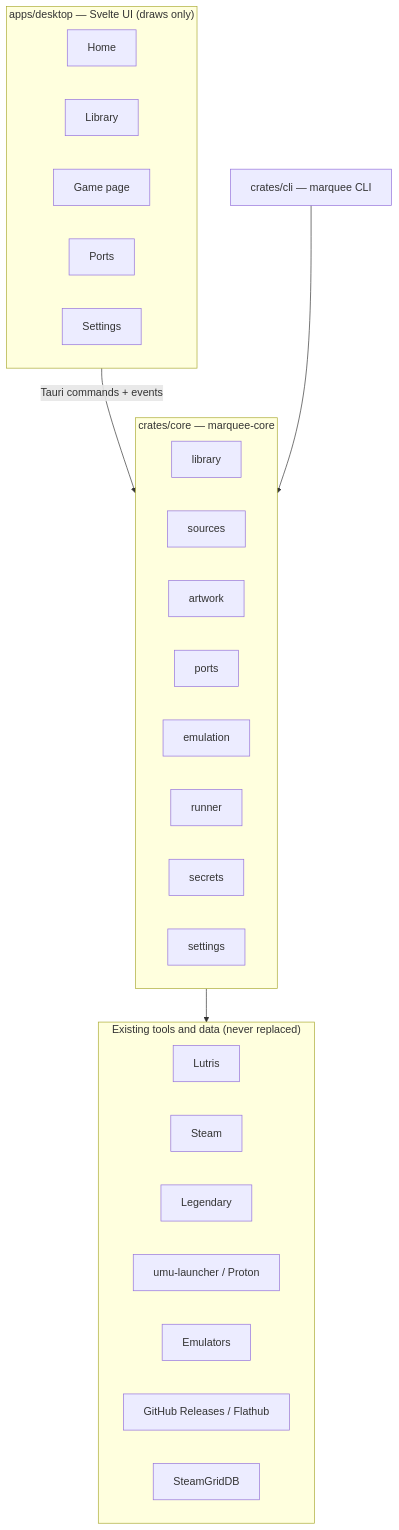
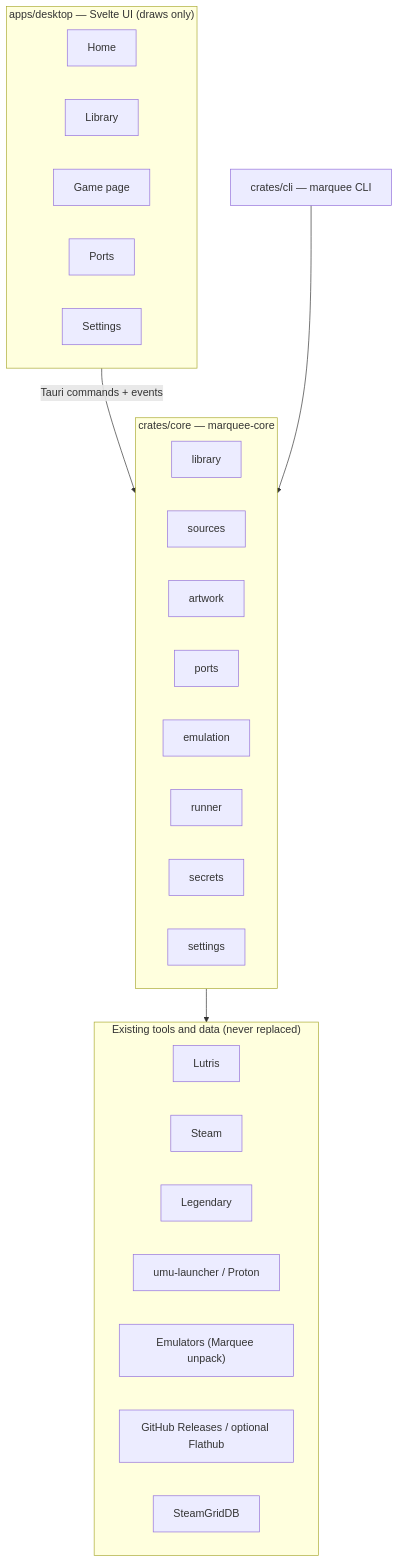
Before and after one commit to artsiom-tsaryonau/Marquee: the first of 2 diagrams in docs/ROADMAP.md, drawn with Mermaid. The commit also changed other lines of this file and 63 other files, not shown here.

First line of the commit message:
Unpack official PCSX2 into Marquee’s data dir and match the desktop chrome to the demo.

````diff
--- a/docs/ROADMAP.md
+++ b/docs/ROADMAP.md
@@ -78,16 +78,16 @@
 ```mermaid
 flowchart TB
   subgraph UI["apps/desktop — Svelte UI (draws only)"]
     Home & Library & Game[Game page] & Ports & Settings
   end
   CLI["crates/cli — marquee CLI"]
   subgraph Core["crates/core — marquee-core"]
     library & sources & artwork & ports_m[ports] & emulation & runner & secrets & settings
   end
   subgraph Tools["Existing tools and data (never replaced)"]
-    Lutris & Steam & Legendary & umu["umu-launcher / Proton"] & Emulators & GitHub["GitHub Releases / Flathub"] & SGDB[SteamGridDB]
+    Lutris & Steam & Legendary & umu["umu-launcher / Proton"] & Emulators["Emulators (Marquee unpack)"] & GitHub["GitHub Releases / optional Flathub"] & SGDB[SteamGridDB]
   end
   UI -- "Tauri commands + events" --> Core
   CLI --> Core
   Core --> Tools
 ```
````
